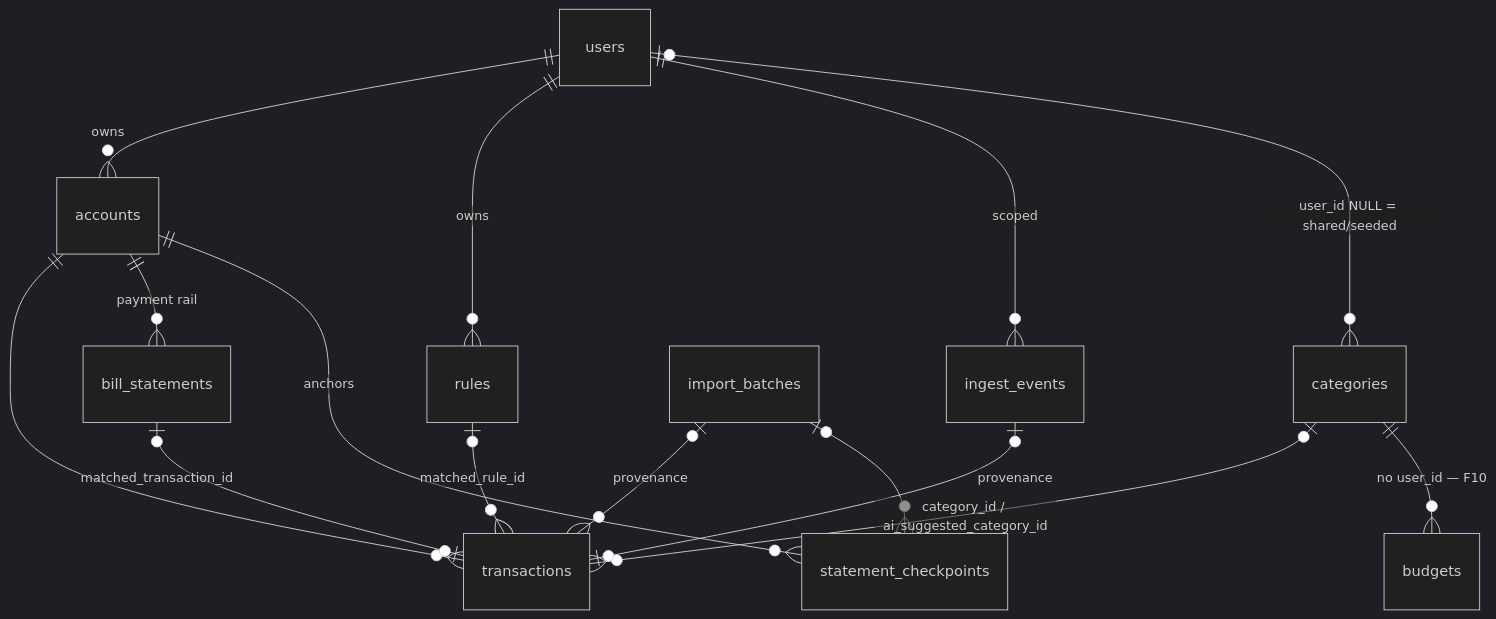
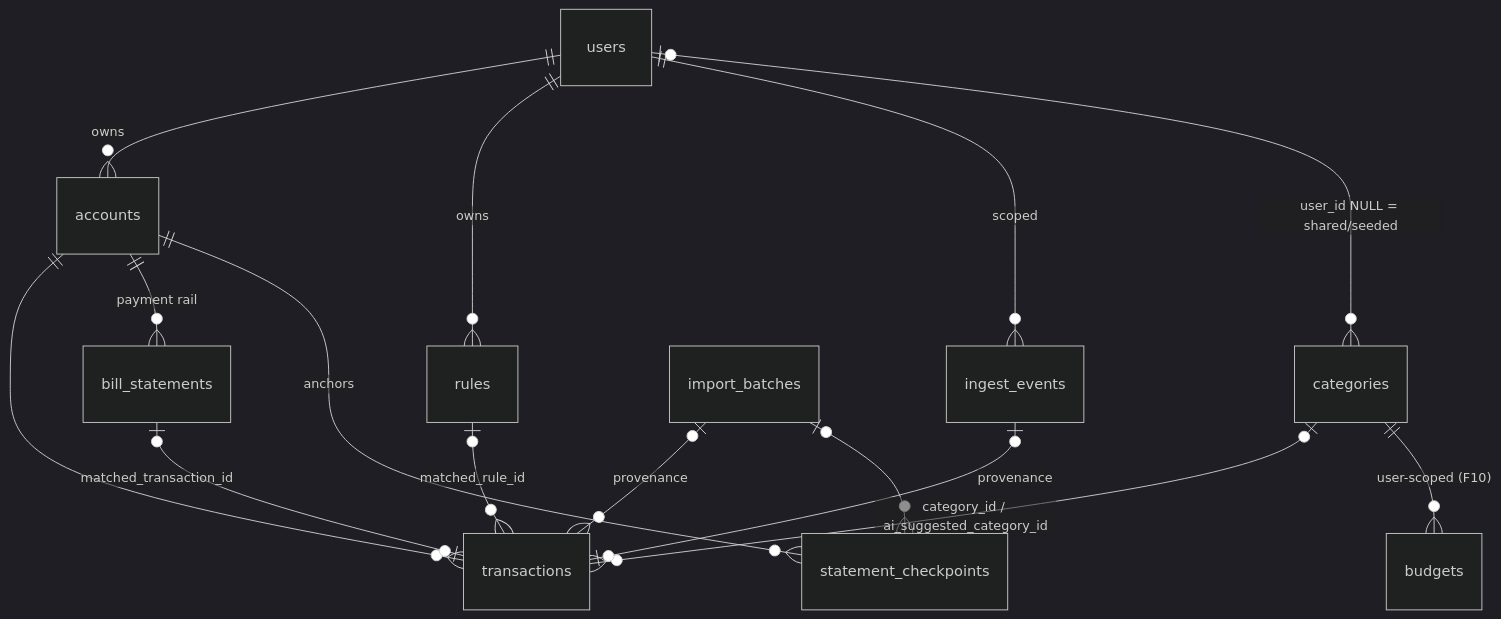
Before and after one commit to CDRaab01/Magpie: the fourth of 4 diagrams in ARCHITECTURE.md, drawn with Mermaid (dark theme). The commit also changed other lines of this file and 8 other files, not shown here.

First line of the commit message:
Rework roadmap into Waves 0-3 + Wave 1 read models

````diff
--- a/ARCHITECTURE.md
+++ b/ARCHITECTURE.md
@@ -166,17 +134,17 @@
 ```mermaid
 erDiagram
     users ||--o{ accounts : owns
     users ||--o{ rules : owns
     users ||--o{ ingest_events : scoped
     users |o--o{ categories : "user_id NULL = shared/seeded"
     accounts ||--o{ transactions : ""
     accounts ||--o{ bill_statements : "payment rail"
     accounts ||--o{ statement_checkpoints : anchors
     categories |o--o{ transactions : "category_id / ai_suggested_category_id"
-    categories ||--o{ budgets : "no user_id — F10"
+    categories ||--o{ budgets : "user-scoped (F10)"
     rules |o--o{ transactions : matched_rule_id
     ingest_events |o--o| transactions : provenance
     import_batches |o--o{ transactions : provenance
     import_batches |o--o{ statement_checkpoints : ""
     bill_statements |o--o| transactions : matched_transaction_id
 ```
````
